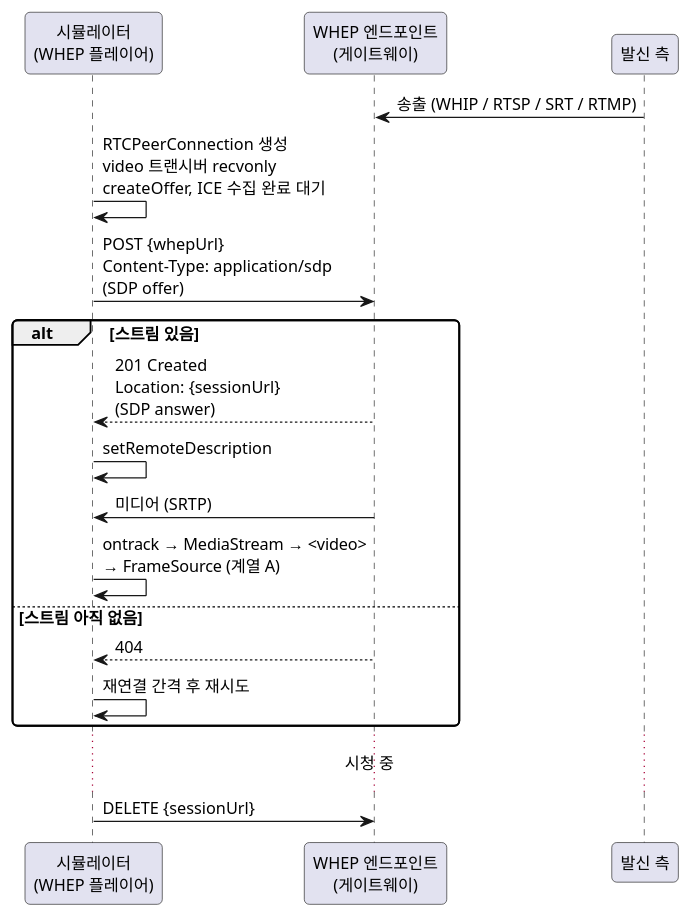
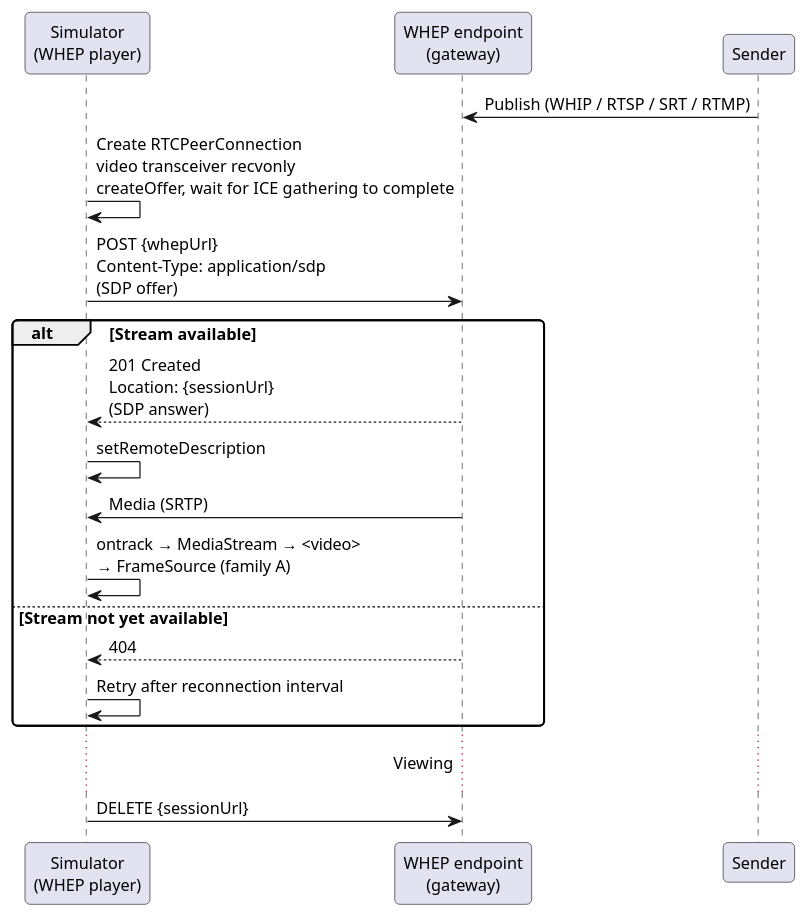
One commit to jujuroa/ledboard changed the second of 5 diagrams in docs/source-interface.md. Above: the diagram before and after it, drawn with PlantUML. The commit also changed other lines of this file and 7 other files, not shown here.

````diff
--- a/docs/source-interface.md
+++ b/docs/source-interface.md
@@ -122,28 +124,28 @@
 ```plantuml
 @startuml
 skinparam backgroundColor #FFFFFF
 skinparam shadowing false
 skinparam defaultFontName "Malgun Gothic"
 skinparam defaultFontSize 13
 skinparam roundCorner 8
 
-participant "시뮬레이터\n(WHEP 플레이어)" as S
-participant "WHEP 엔드포인트\n(게이트웨이)" as E
-participant "발신 측" as P
+participant "Simulator\n(WHEP player)" as S
+participant "WHEP endpoint\n(gateway)" as E
+participant "Sender" as P
 
-P -> E : 송출 (WHIP / RTSP / SRT / RTMP)
-S -> S : RTCPeerConnection 생성\nvideo 트랜시버 recvonly\ncreateOffer, ICE 수집 완료 대기
+P -> E : Publish (WHIP / RTSP / SRT / RTMP)
+S -> S : Create RTCPeerConnection\nvideo transceiver recvonly\ncreateOffer, wait for ICE gathering to complete
 S -> E : POST {whepUrl}\nContent-Type: application/sdp\n(SDP offer)
-alt 스트림 있음
+alt Stream available
   E --> S : 201 Created\nLocation: {sessionUrl}\n(SDP answer)
   S -> S : setRemoteDescription
-  E -> S : 미디어 (SRTP)
-  S -> S : ontrack → MediaStream → <video>\n→ FrameSource (계열 A)
-else 스트림 아직 없음
+  E -> S : Media (SRTP)
+  S -> S : ontrack → MediaStream → <video>\n→ FrameSource (family A)
+else Stream not yet available
   E --> S : 404
-  S -> S : 재연결 간격 후 재시도
+  S -> S : Retry after reconnection interval
 end
-...시청 중...
+...Viewing...
 S -> E : DELETE {sessionUrl}
 @enduml
 ```
````
